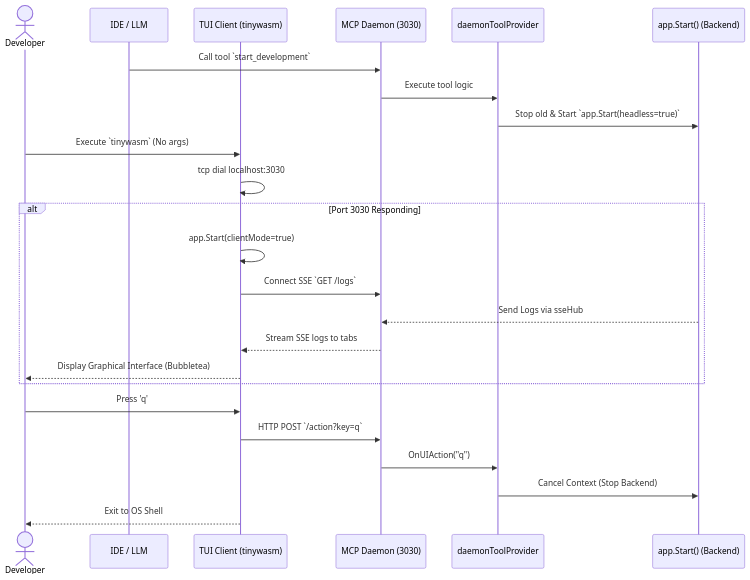
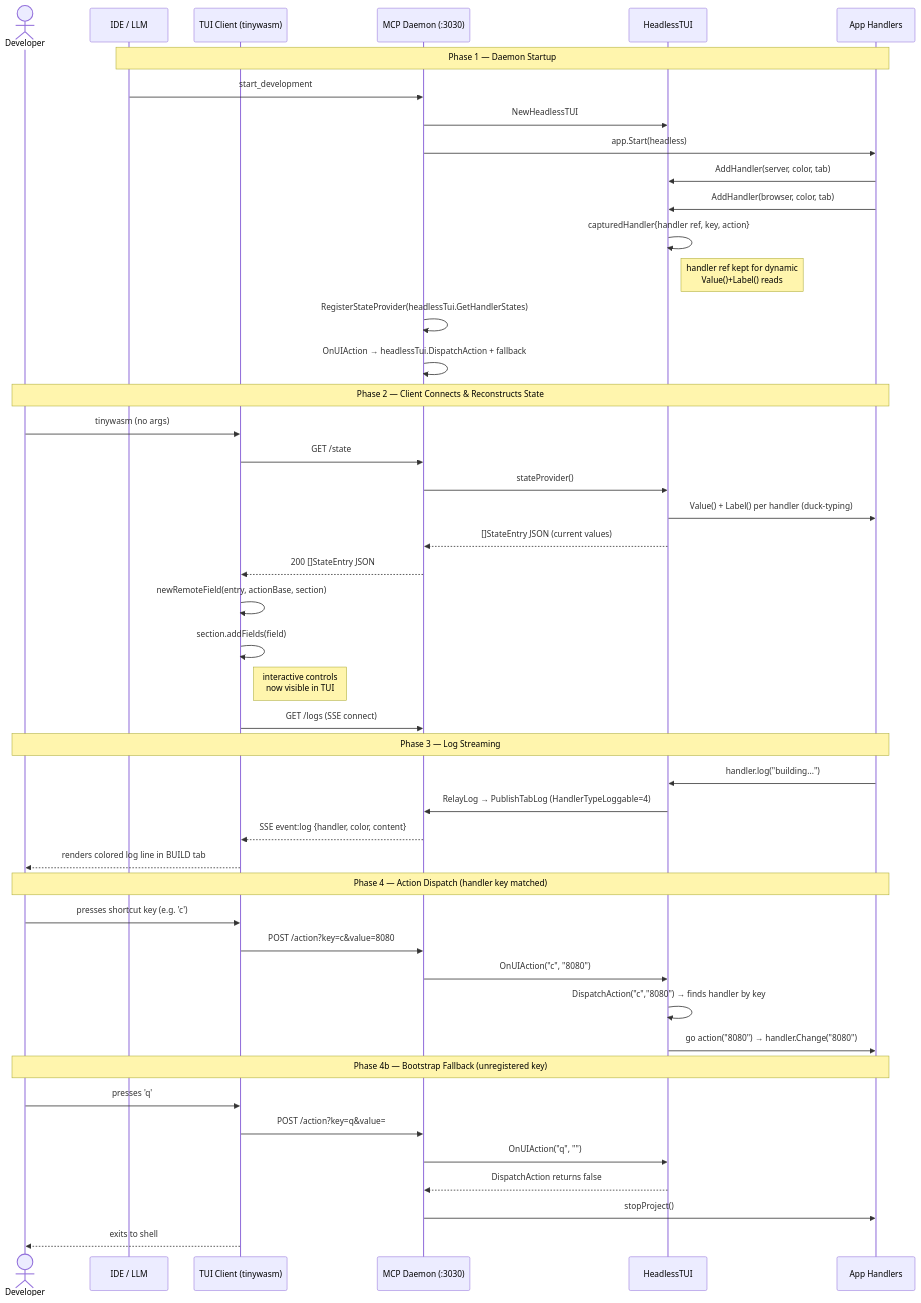
The diagram in docs/diagrams/MCP_REFACTOR_FLOW.md (zongruxie4/godev), drawn with Mermaid before and after one commit. The commit also changed other lines of this file and 1 other file, not shown here.

Commit message:
to refactor

````diff
--- a/docs/diagrams/MCP_REFACTOR_FLOW.md
+++ b/docs/diagrams/MCP_REFACTOR_FLOW.md
@@ -1,29 +3,53 @@
 ```mermaid
 sequenceDiagram
     actor Dev as Developer
     participant IDE as IDE / LLM
-    participant Cmd as TUI Client (tinywasm)
-    participant MCP as MCP Daemon (3030)
-    participant Provider as daemonToolProvider
-    participant App as app.Start() (Backend)
+    participant DevTUI as TUI Client (tinywasm)
+    participant MCP as MCP Daemon (:3030)
+    participant Headless as HeadlessTUI
+    participant App as App Handlers
 
-    IDE->>MCP: Call tool `start_development`
-    MCP->>Provider: Execute tool logic
-    Provider->>App: Stop old & Start `app.Start(headless=true)`
-    
-    Dev->>Cmd: Execute `tinywasm` (No args)
-    Cmd->>Cmd: tcp dial localhost:3030
-    alt Port 3030 Responding
-        Cmd->>Cmd: app.Start(clientMode=true)
-        Cmd->>MCP: Connect SSE `GET /logs`
-        App-->>MCP: Send Logs via sseHub
-        MCP-->>Cmd: Stream SSE logs to tabs
-        Cmd-->>Dev: Display Graphical Interface (Bubbletea)
-    end
-    
-    Dev->>Cmd: Press 'q'
-    Cmd->>MCP: HTTP POST `/action?key=q`
-    MCP->>Provider: OnUIAction("q")
-    Provider->>App: Cancel Context (Stop Backend)
-    Cmd-->>Dev: Exit to OS Shell
+    Note over IDE,App: Phase 1 — Daemon Startup
+    IDE->>MCP: start_development
+    MCP->>Headless: NewHeadlessTUI
+    MCP->>App: app.Start(headless)
+    App->>Headless: AddHandler(server, color, tab)
+    App->>Headless: AddHandler(browser, color, tab)
+    Headless->>Headless: capturedHandler{handler ref, key, action}
+    Note right of Headless: handler ref kept for dynamic<br/>Value()+Label() reads
+    MCP->>MCP: RegisterStateProvider(headlessTui.GetHandlerStates)
+    MCP->>MCP: OnUIAction → headlessTui.DispatchAction + fallback
+
+    Note over Dev,App: Phase 2 — Client Connects & Reconstructs State
+    Dev->>DevTUI: tinywasm (no args)
+    DevTUI->>MCP: GET /state
+    MCP->>Headless: stateProvider()
+    Headless->>App: Value() + Label() per handler (duck-typing)
+    Headless-->>MCP: []StateEntry JSON (current values)
+    MCP-->>DevTUI: 200 []StateEntry JSON
+    DevTUI->>DevTUI: newRemoteField(entry, actionBase, section)
+    DevTUI->>DevTUI: section.addFields(field)
+    Note right of DevTUI: interactive controls<br/>now visible in TUI
+    DevTUI->>MCP: GET /logs (SSE connect)
+
+    Note over Dev,App: Phase 3 — Log Streaming
+    App->>Headless: handler.log("building...")
+    Headless->>MCP: RelayLog → PublishTabLog (HandlerTypeLoggable=4)
+    MCP-->>DevTUI: SSE event:log {handler, color, content}
+    DevTUI-->>Dev: renders colored log line in BUILD tab
+
+    Note over Dev,App: Phase 4 — Action Dispatch (handler key matched)
+    Dev->>DevTUI: presses shortcut key (e.g. 'c')
+    DevTUI->>MCP: POST /action?key=c&value=8080
+    MCP->>Headless: OnUIAction("c", "8080")
+    Headless->>Headless: DispatchAction("c","8080") → finds handler by key
+    Headless->>App: go action("8080") → handler.Change("8080")
+
+    Note over Dev,App: Phase 4b — Bootstrap Fallback (unregistered key)
+    Dev->>DevTUI: presses 'q'
+    DevTUI->>MCP: POST /action?key=q&value=
+    MCP->>Headless: OnUIAction("q", "")
+    Headless-->>MCP: DispatchAction returns false
+    MCP->>App: stopProject()
+    DevTUI-->>Dev: exits to shell
 ```
````
